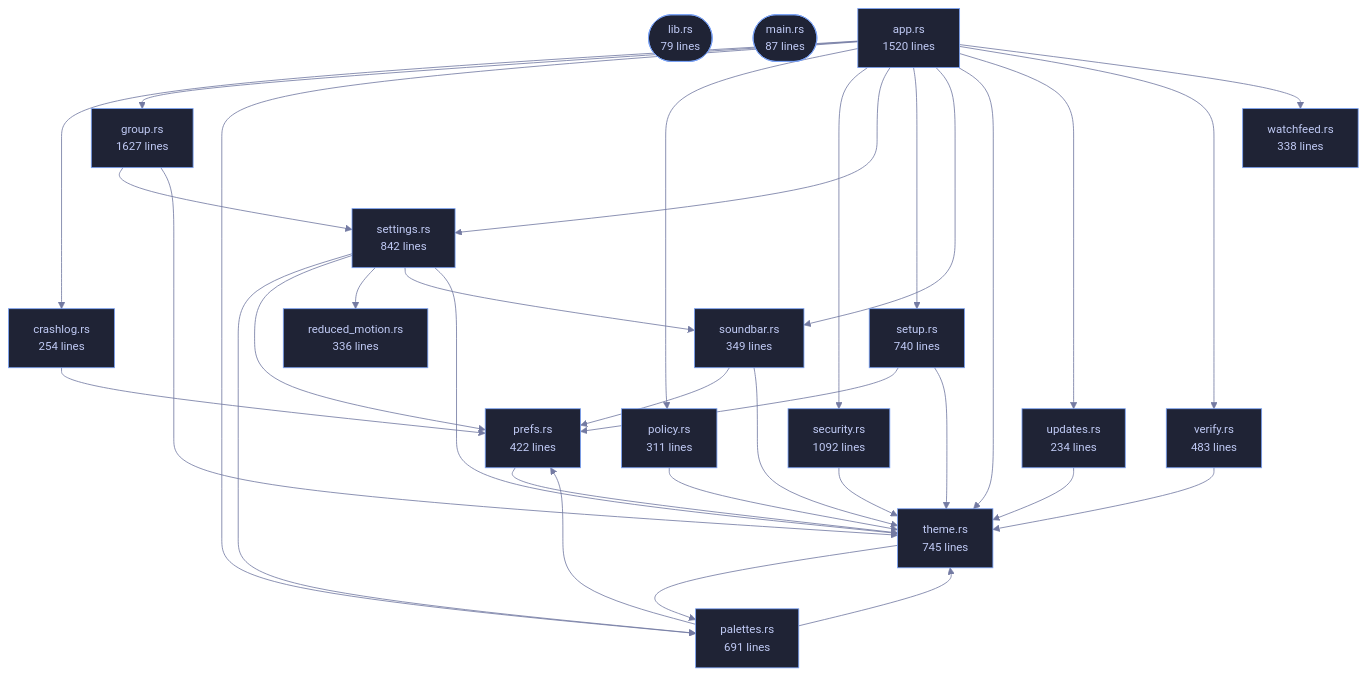
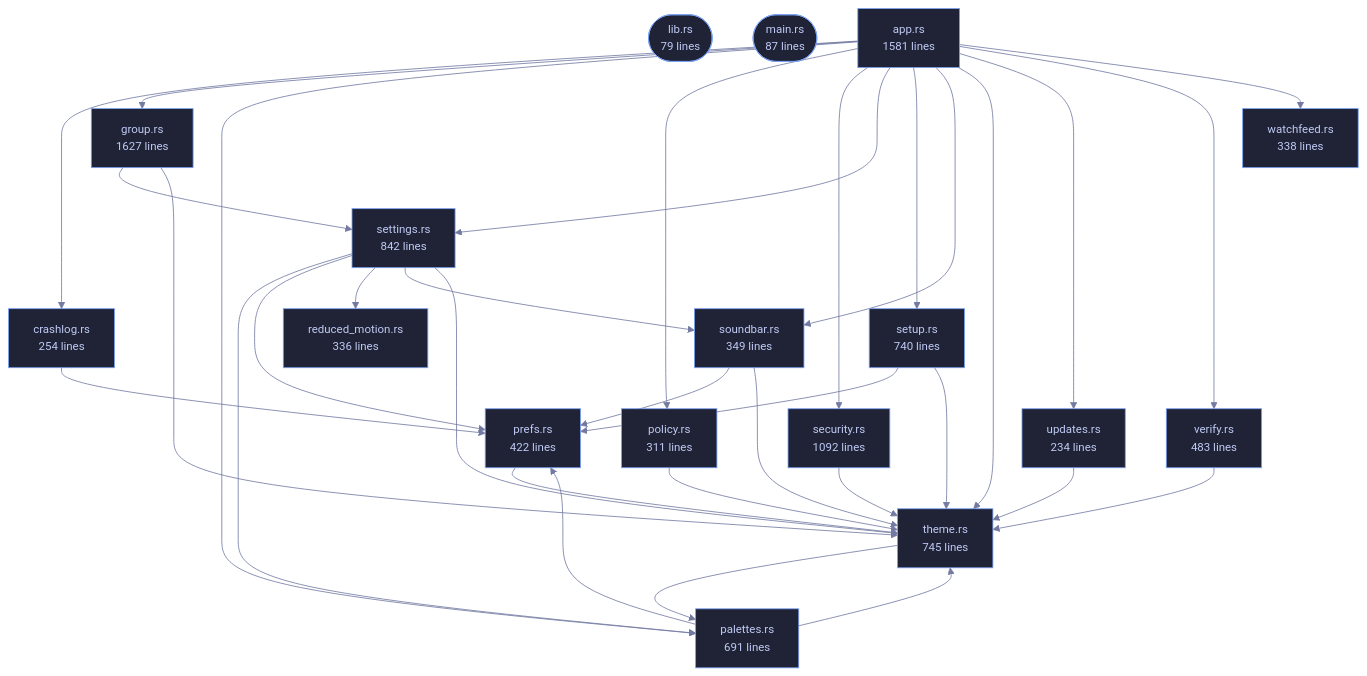
The diagram in wiki/Crate-veilvoice-gui.md (tilas01/veilvoice), drawn with Mermaid before and after one commit. The commit also changed other lines of this file and 37 other files, not shown here.

````diff
--- a/wiki/Crate-veilvoice-gui.md
+++ b/wiki/Crate-veilvoice-gui.md
@@ -81,70 +81,70 @@
 ```mermaid
 %%{init: {"theme":"base","themeVariables":{"background":"#1a1b26","primaryColor":"#1f2335","primaryTextColor":"#c0caf5","primaryBorderColor":"#7aa2f7","secondaryColor":"#16161e","tertiaryColor":"#16161e","lineColor":"#737aa2","textColor":"#c0caf5","mainBkg":"#1f2335","nodeBorder":"#7aa2f7","clusterBkg":"#16161e","clusterBorder":"#2f3549","fontFamily":"ui-monospace, SFMono-Regular, Consolas, monospace","fontSize":"14px"}}}%%
 flowchart TD
     n_lib(["lib.rs<br/>79 lines"])
     n_main(["main.rs<br/>87 lines"])
-    n_app["app.rs<br/>1520 lines"]
+    n_app["app.rs<br/>1581 lines"]
     n_crashlog["crashlog.rs<br/>254 lines"]
     n_group["group.rs<br/>1627 lines"]
     n_palettes["palettes.rs<br/>691 lines"]
     n_policy["policy.rs<br/>311 lines"]
     n_prefs["prefs.rs<br/>422 lines"]
     n_reduced_motion["reduced_motion.rs<br/>336 lines"]
     n_security["security.rs<br/>1092 lines"]
     n_settings["settings.rs<br/>842 lines"]
     n_setup["setup.rs<br/>740 lines"]
     n_soundbar["soundbar.rs<br/>349 lines"]
     n_theme["theme.rs<br/>745 lines"]
     n_updates["updates.rs<br/>234 lines"]
     n_verify["verify.rs<br/>483 lines"]
     n_watchfeed["watchfeed.rs<br/>338 lines"]
     n_app --> n_crashlog
     n_app --> n_group
     n_app --> n_palettes
     n_app --> n_policy
     n_app --> n_security
     n_app --> n_settings
     n_app --> n_setup
     n_app --> n_soundbar
     n_app --> n_theme
     n_app --> n_updates
     n_app --> n_verify
     n_app --> n_watchfeed
     n_crashlog --> n_prefs
     n_group --> n_settings
     n_group --> n_theme
     n_palettes --> n_prefs
     n_palettes --> n_theme
     n_policy --> n_theme
     n_prefs --> n_theme
     n_security --> n_theme
     n_settings --> n_palettes
     n_settings --> n_prefs
     n_settings --> n_reduced_motion
     n_settings --> n_soundbar
     n_settings --> n_theme
     n_setup --> n_prefs
     n_setup --> n_theme
     n_soundbar --> n_prefs
     n_soundbar --> n_theme
     n_theme --> n_palettes
     n_updates --> n_theme
     n_verify --> n_theme
     click n_lib href "https://github.com/tilas01/veilvoice/blob/main/crates/veilvoice-gui/src/lib.rs" "open the source"
     click n_main href "https://github.com/tilas01/veilvoice/blob/main/crates/veilvoice-gui/src/main.rs" "open the source"
     click n_app href "https://github.com/tilas01/veilvoice/blob/main/crates/veilvoice-gui/src/app.rs" "open the source"
     click n_crashlog href "https://github.com/tilas01/veilvoice/blob/main/crates/veilvoice-gui/src/crashlog.rs" "open the source"
     click n_group href "https://github.com/tilas01/veilvoice/blob/main/crates/veilvoice-gui/src/group.rs" "open the source"
     click n_palettes href "https://github.com/tilas01/veilvoice/blob/main/crates/veilvoice-gui/src/palettes.rs" "open the source"
     click n_policy href "https://github.com/tilas01/veilvoice/blob/main/crates/veilvoice-gui/src/policy.rs" "open the source"
     click n_prefs href "https://github.com/tilas01/veilvoice/blob/main/crates/veilvoice-gui/src/prefs.rs" "open the source"
     click n_reduced_motion href "https://github.com/tilas01/veilvoice/blob/main/crates/veilvoice-gui/src/reduced_motion.rs" "open the source"
     click n_security href "https://github.com/tilas01/veilvoice/blob/main/crates/veilvoice-gui/src/security.rs" "open the source"
     click n_settings href "https://github.com/tilas01/veilvoice/blob/main/crates/veilvoice-gui/src/settings.rs" "open the source"
     click n_setup href "https://github.com/tilas01/veilvoice/blob/main/crates/veilvoice-gui/src/setup.rs" "open the source"
     click n_soundbar href "https://github.com/tilas01/veilvoice/blob/main/crates/veilvoice-gui/src/soundbar.rs" "open the source"
     click n_theme href "https://github.com/tilas01/veilvoice/blob/main/crates/veilvoice-gui/src/theme.rs" "open the source"
     click n_updates href "https://github.com/tilas01/veilvoice/blob/main/crates/veilvoice-gui/src/updates.rs" "open the source"
     click n_verify href "https://github.com/tilas01/veilvoice/blob/main/crates/veilvoice-gui/src/verify.rs" "open the source"
     click n_watchfeed href "https://github.com/tilas01/veilvoice/blob/main/crates/veilvoice-gui/src/watchfeed.rs" "open the source"
 ```
````
